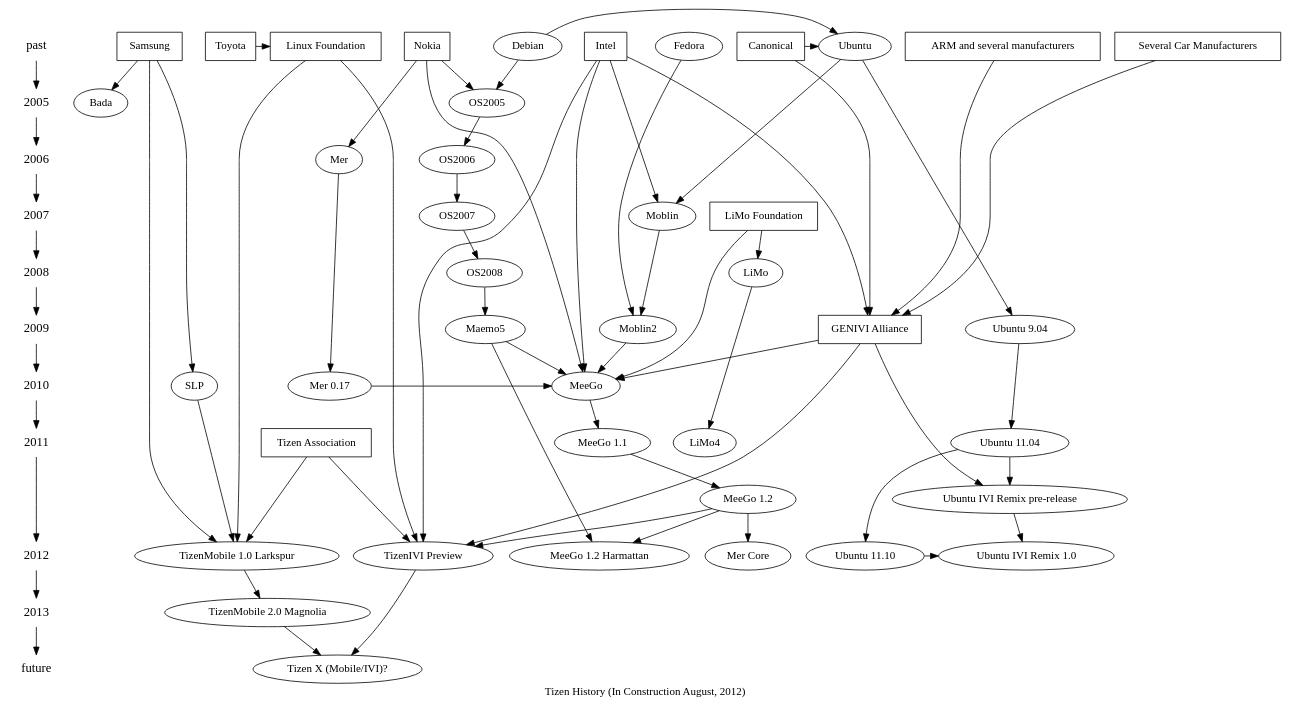
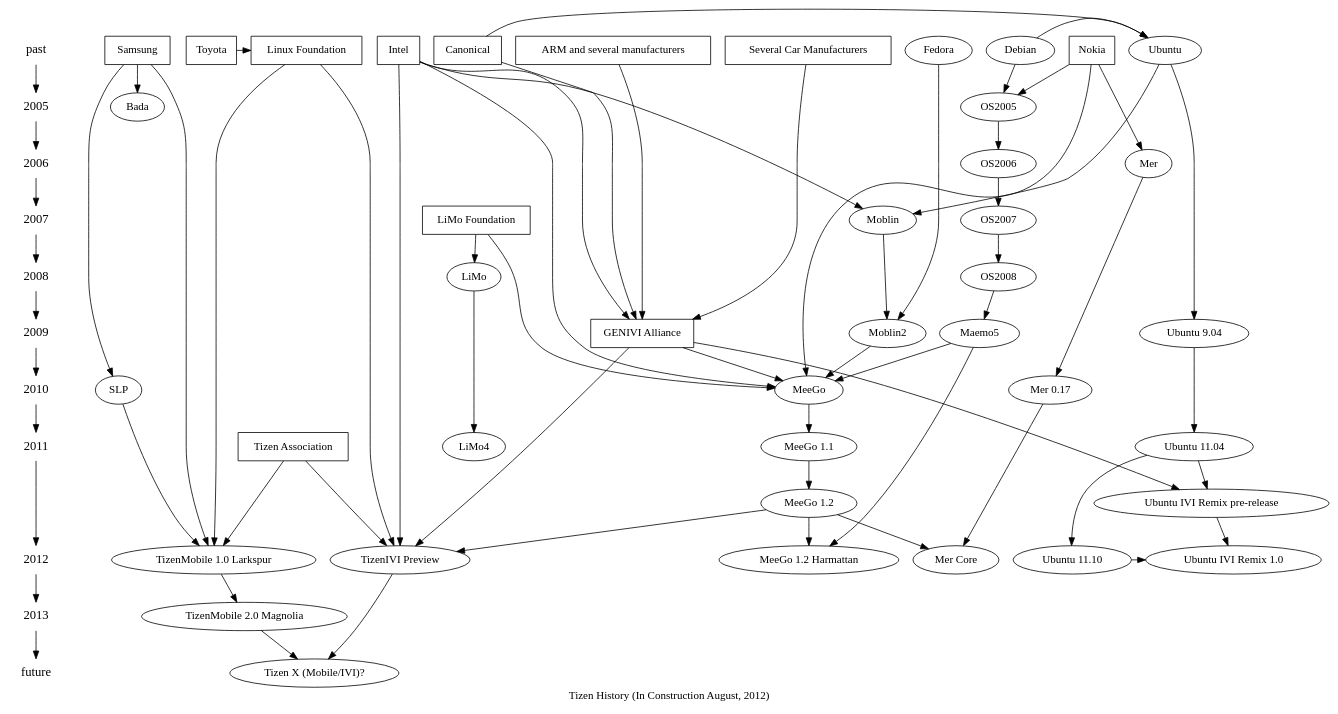
Before and after one commit to kumadasu/tizen-history: the diagram in tizen-history.dot, drawn with Graphviz. The commit also changed 1 other file, not shown here.

Commit message:
Cut Mer to MeeGo and Connect Mer to Mer Core

```diff
--- a/tizen-history.dot
+++ b/tizen-history.dot
@@ -1,89 +1,89 @@
 digraph tizenhistory {
 graph [label="Tizen History (In Construction August, 2012)"]
 /*timeline*/
 {
 	node [shape=plaintext, fontsize=16];
 	"past" -> /*1990 ->
 	1991 -> 1992 -> 1993 -> 1994 -> 1995 ->
 	1996 -> 1997 -> 1998 -> 1999 -> 2000 ->
 	2001 -> 2002 -> 2003 -> 2004 ->*/ 2005 ->
 	2006 -> 2007 -> 2008 -> 2009 -> 2010 ->
 	2011 -> 2012 -> 2013 -> "future";
 }
 
 /* Organizations */
 {
 	node [shape=box];
 	{ rank = same; "past"; "Nokia"}
 	{ rank = same; "past"; "Intel"}
 	{ rank = same; "past"; "Samsung"}
 	{ rank = same; "past"; "ARM and several manufacturers"}
 	{ rank = same; "past"; "Several Car Manufacturers"}
 	{ rank = same; "past"; "Canonical"}
 	{ rank = same; "past"; "Linux Foundation"}
 	{ rank = same; "past"; "Toyota"}
 	{ rank = same; "2007"; "LiMo Foundation"}
 	{ rank = same; "2009"; "GENIVI Alliance"}
 	{ rank = same; "2011"; "Tizen Association"} //?
 "Toyota" -> "Linux Foundation";
 "Intel" -> "GENIVI Alliance";
 "Several Car Manufacturers" -> "GENIVI Alliance";
 "ARM and several manufacturers" -> "GENIVI Alliance";
 "Canonical" -> "GENIVI Alliance";
 }
 
 /* Technologies */
 {
 	node [shape=plaintext];
 //	"HTML5";
 }
 
 /* OS */
 { rank = same; "past"; "Ubuntu"; "Fedora"; "Debian"}
 { rank = same; 2005; "OS2005"}
 { rank = same; 2006; "OS2006"}
 { rank = same; 2007; "OS2007"; "Moblin"}
 { rank = same; 2008; "OS2008"; "LiMo"}
 { rank = same; 2009; "Maemo5"; "Moblin2"; "Ubuntu 9.04"}
 { rank = same; 2010; "MeeGo"; "Mer 0.17"; "SLP"}
 { rank = same; 2011; "Ubuntu 11.04"; "LiMo4"}
 { rank = same; "Ubuntu 11.10"; "Ubuntu IVI Remix 1.0"}
 { rank = same; 2012; "TizenMobile 1.0 Larkspur"; "TizenIVI Preview"};
 { rank = same; "TizenMobile 1.0 Larkspur" }
 { rank = same; 2013; "TizenMobile 2.0 Magnolia" }
 	"Debian" -> "Ubuntu";
 	"Debian" -> "OS2005" -> "OS2006" -> "OS2007" -> "OS2008" -> "Maemo5" -> "MeeGo";
 	"Ubuntu" -> "Moblin" -> "Moblin2";
 	"Fedora" -> "Moblin2" -> "MeeGo";
-	"Mer" -> "Mer 0.17" -> "MeeGo";
+	"Mer" -> "Mer 0.17" -> "Mer Core";
 	"LiMo" -> "LiMo4";
 	"MeeGo" -> "MeeGo 1.1" -> "MeeGo 1.2" -> "TizenIVI Preview";
 	"Maemo5" -> "MeeGo 1.2 Harmattan";
 	"MeeGo 1.2" -> "Mer Core";
 	"MeeGo 1.2" -> "MeeGo 1.2 Harmattan";
 	"SLP" -> "TizenMobile 1.0 Larkspur";
 	"TizenMobile 1.0 Larkspur" -> "TizenMobile 2.0 Magnolia" -> "Tizen X (Mobile/IVI)?";
 	"TizenIVI Preview" -> "Tizen X (Mobile/IVI)?";
 	"Ubuntu" -> "Ubuntu 9.04" -> "Ubuntu 11.04" -> "Ubuntu 11.10" -> "Ubuntu IVI Remix 1.0";
 	"Ubuntu 11.04" -> "Ubuntu IVI Remix pre-release" -> "Ubuntu IVI Remix 1.0";
 
 "Canonical" -> "Ubuntu";
 "Nokia" -> "OS2005";
 "Intel" -> "Moblin";
 "Intel" -> "MeeGo";
 "Nokia" -> "Mer";
 "Nokia" -> "MeeGo";
 "Samsung" -> "Bada";
 "Samsung" -> "SLP";
 "Intel" -> "TizenIVI Preview";
 "Samsung" -> "TizenMobile 1.0 Larkspur";
 "GENIVI Alliance" -> "MeeGo";
 "GENIVI Alliance" -> "TizenIVI Preview";
 "GENIVI Alliance" -> "Ubuntu IVI Remix pre-release";
 "LiMo Foundation" -> "LiMo";
 "LiMo Foundation" -> "MeeGo";
 "Tizen Association" -> "TizenIVI Preview";
 "Tizen Association" -> "TizenMobile 1.0 Larkspur";
 "Linux Foundation" -> "TizenIVI Preview";
 "Linux Foundation" -> "TizenMobile 1.0 Larkspur";
 }
```
